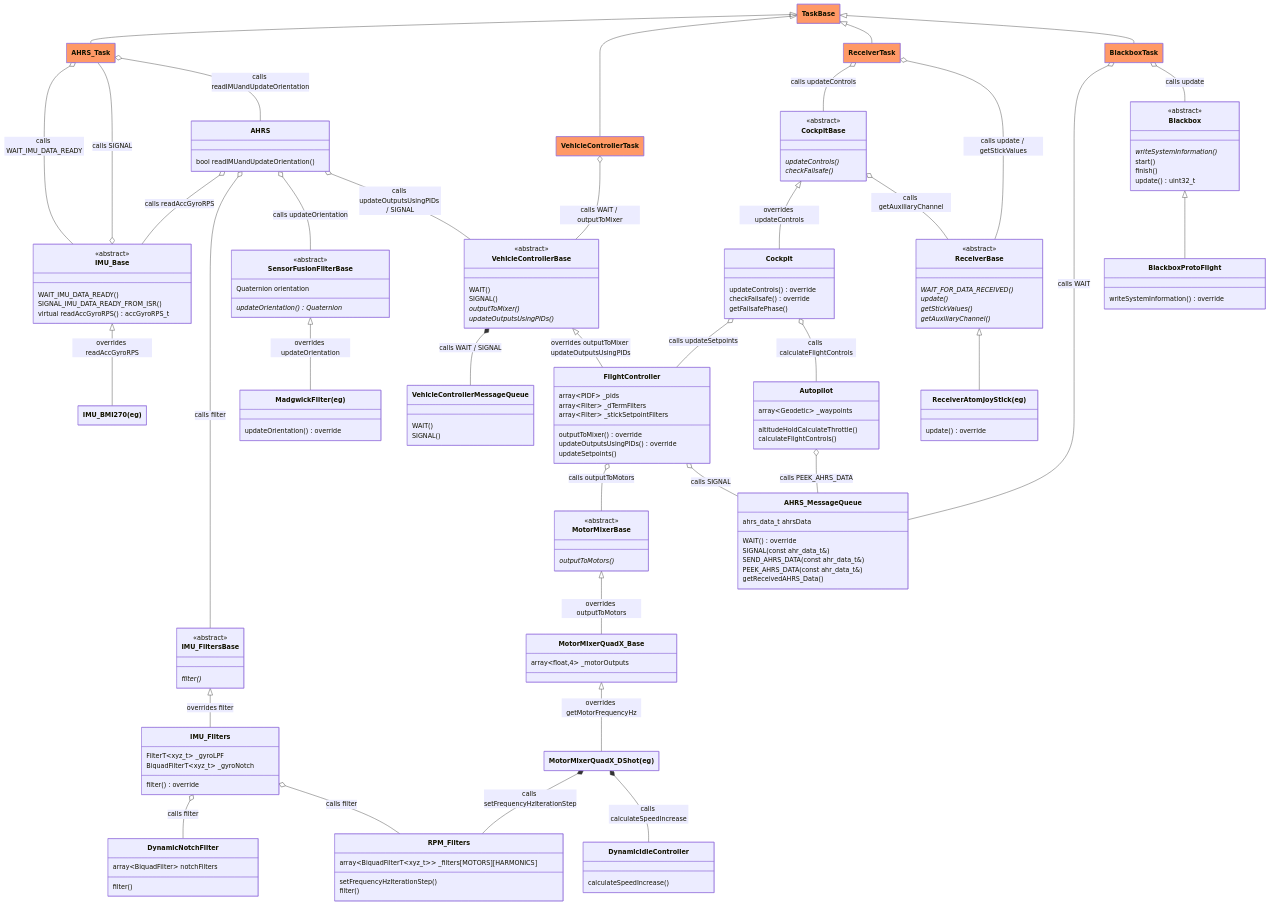
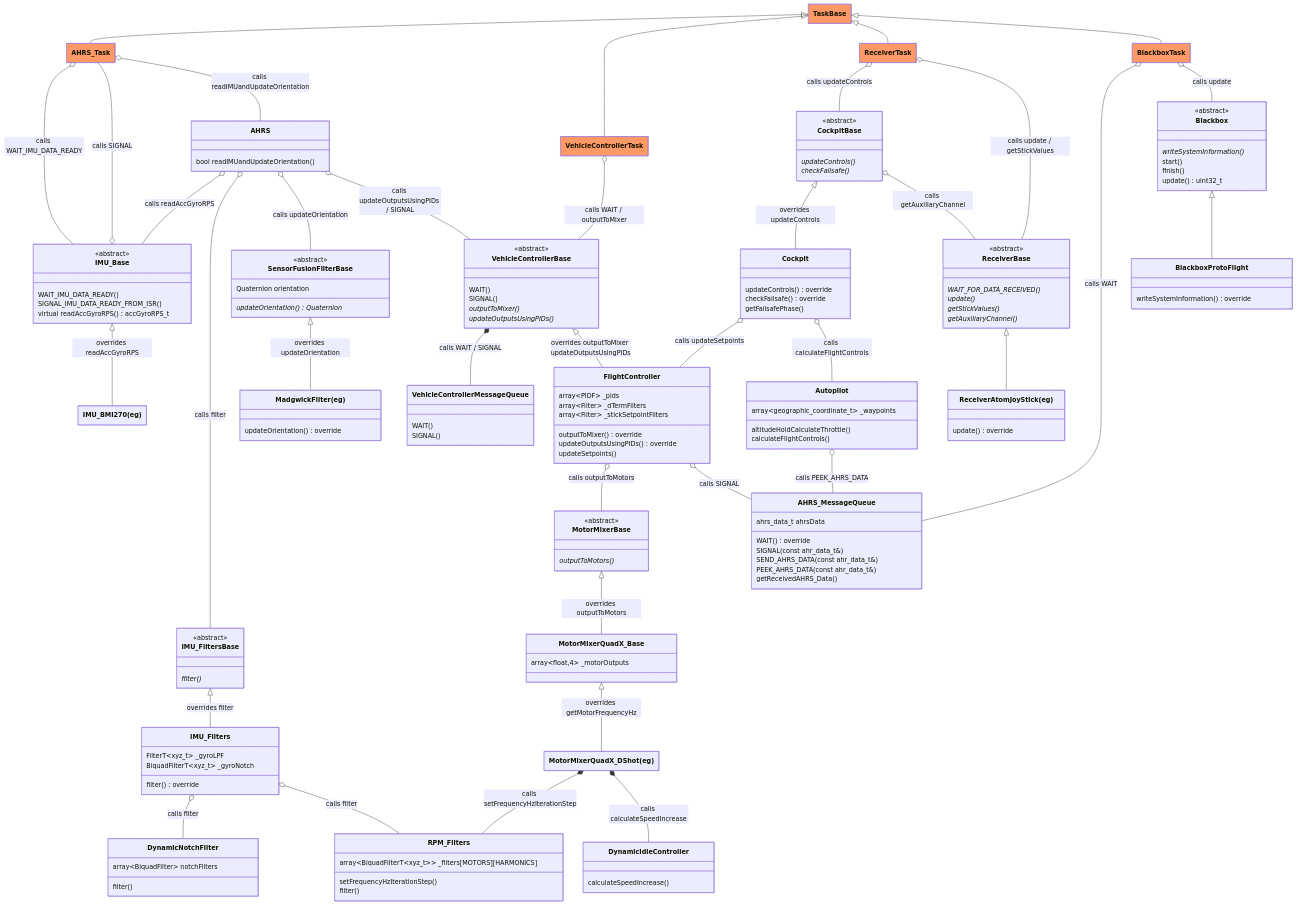
One commit to martinbudden/Protoflight changed the first of 6 diagrams in README.md. Above: the diagram before and after it, drawn with Mermaid. The commit also changed other lines of this file and 27 other files, not shown here.

```diff
--- a/README.md
+++ b/README.md
@@ -401,7 +401,7 @@
     %%CockpitBase --o ReceiverTask : calls updateControls
 
     class Autopilot {
-        array~Geodetic~ _waypoints
+        array~geographic_coordinate_t~ _waypoints
         altitudeHoldCalculateThrottle()
         calculateFlightControls()
     }
```
